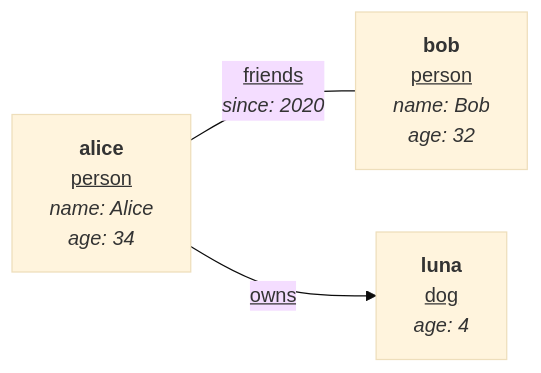
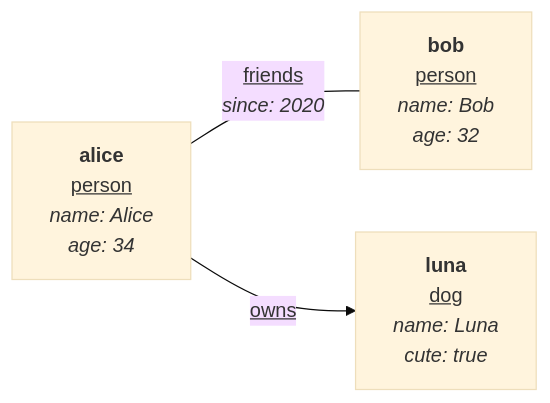
Before and after one commit to pg-format/pg-format.github.io: the diagram in example.mmd, drawn with Mermaid (base theme). The commit also changed 6 other files, not shown here.

```diff
--- a/example.mmd
+++ b/example.mmd
@@ -1,6 +1,6 @@
 flowchart LR
     alice["<b>alice</b><br/><u>person</u><br/><i>name: Alice</i><br/><i>age: 34</i>"]
     bob["<b>bob</b><br/><u>person</u><br/><i>name: Bob</i><br/><i>age: 32</i>"]
-    luna["<b>luna</b><br/><u>dog</u><br/><i>age: 4</i>"]
+    luna["<b>luna</b><br/><u>dog</u><br/><i>name: Luna</i><br/><i>cute: true</i>"]
     alice -- "<u>friends</u><br/><i>since: 2020</i>" --- bob
     alice -- "<u>owns</u>" --> luna
```
